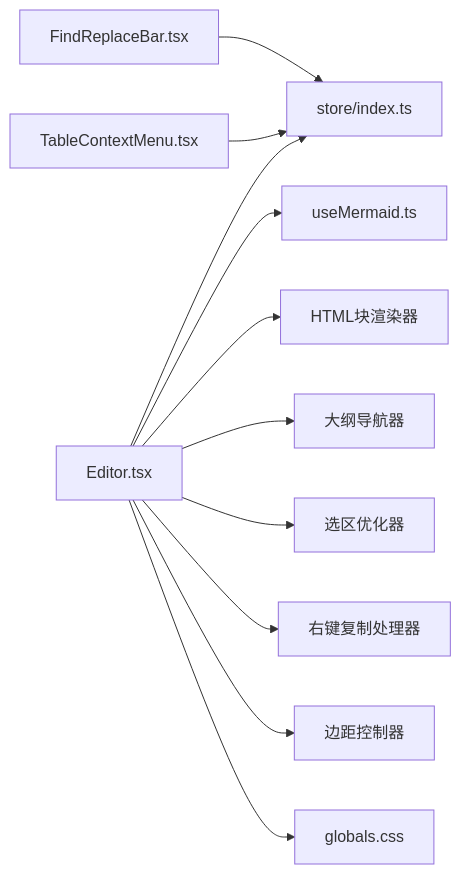
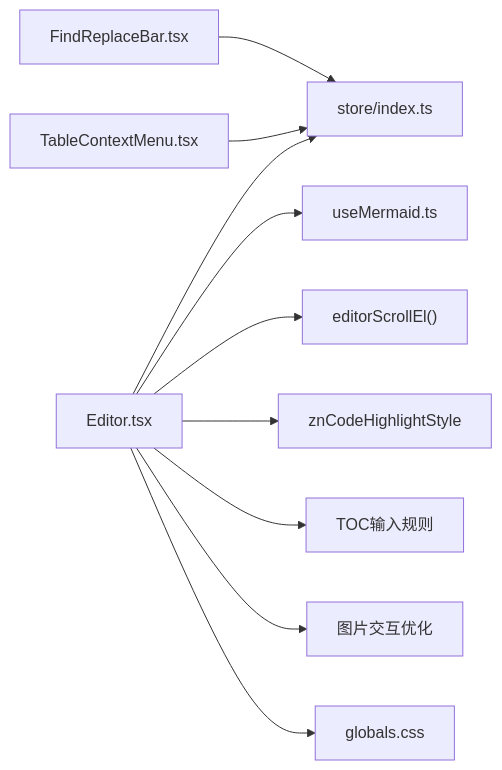
One commit to gongshiyun/ZenNote changed the seventh of 7 diagrams in .qoder/repowiki/zh/content/核心组件/编辑器组件.md. Above: the diagram before and after it, drawn with Mermaid. The commit also changed other lines of this file and 88 other files, not shown here.

````diff
--- a/.qoder/repowiki/zh/content/核心组件/编辑器组件.md
+++ b/.qoder/repowiki/zh/content/核心组件/编辑器组件.md
@@ -359,13 +337,12 @@
 ```mermaid
 graph LR
 E["Editor.tsx"] --> S["store/index.ts"]
 E --> M["useMermaid.ts"]
-E --> H["HTML块渲染器"]
-E --> O["大纲导航器"]
-E --> SO["选区优化器"]
-E --> RC["右键复制处理器"]
-E --> MC["边距控制器"]
+E --> SC["editorScrollEl()"]
+E --> CH["znCodeHighlightStyle"]
+E --> TI["TOC输入规则"]
+E --> II["图片交互优化"]
 F["FindReplaceBar.tsx"] --> S
 T["TableContextMenu.tsx"] --> S
 E --> C["globals.css"]
 ```
````
